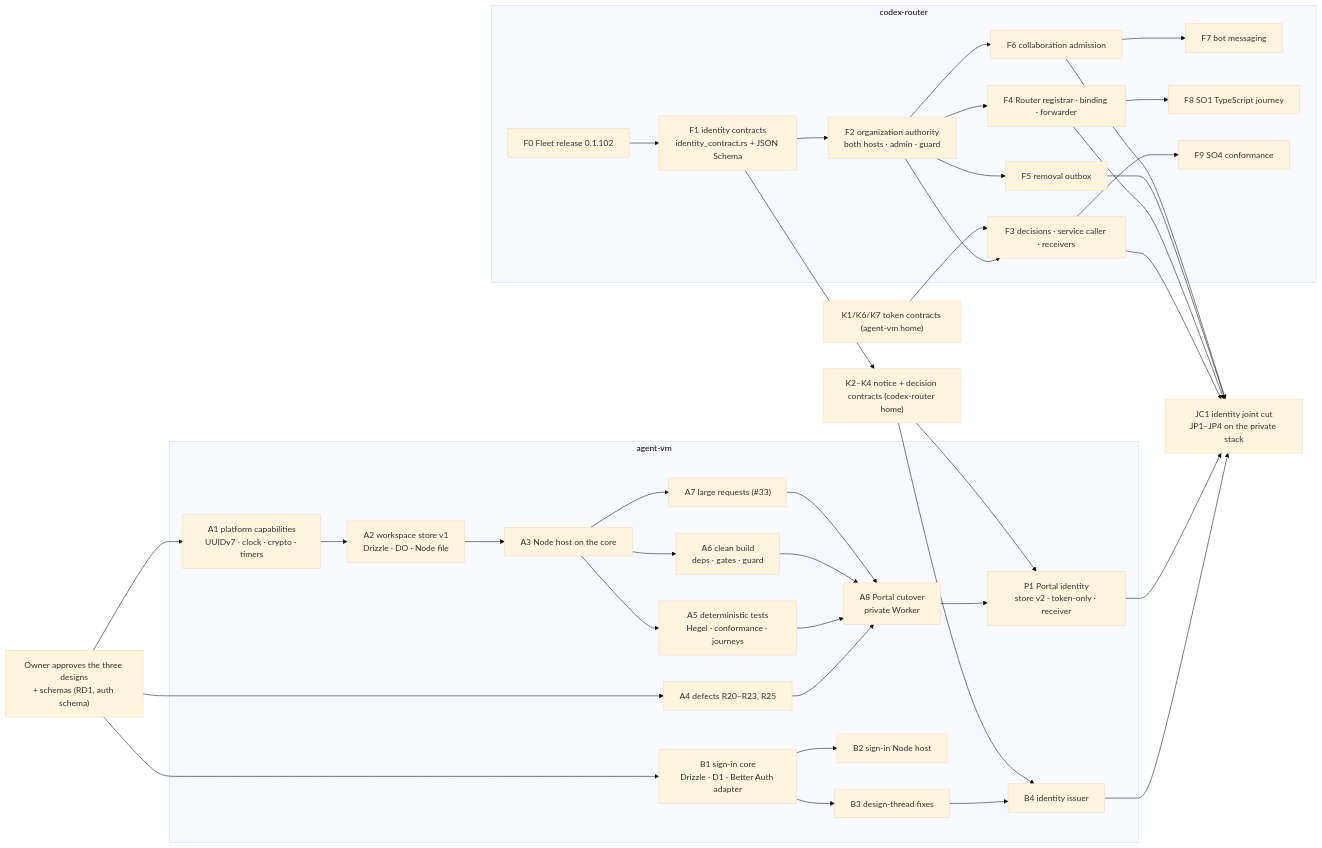
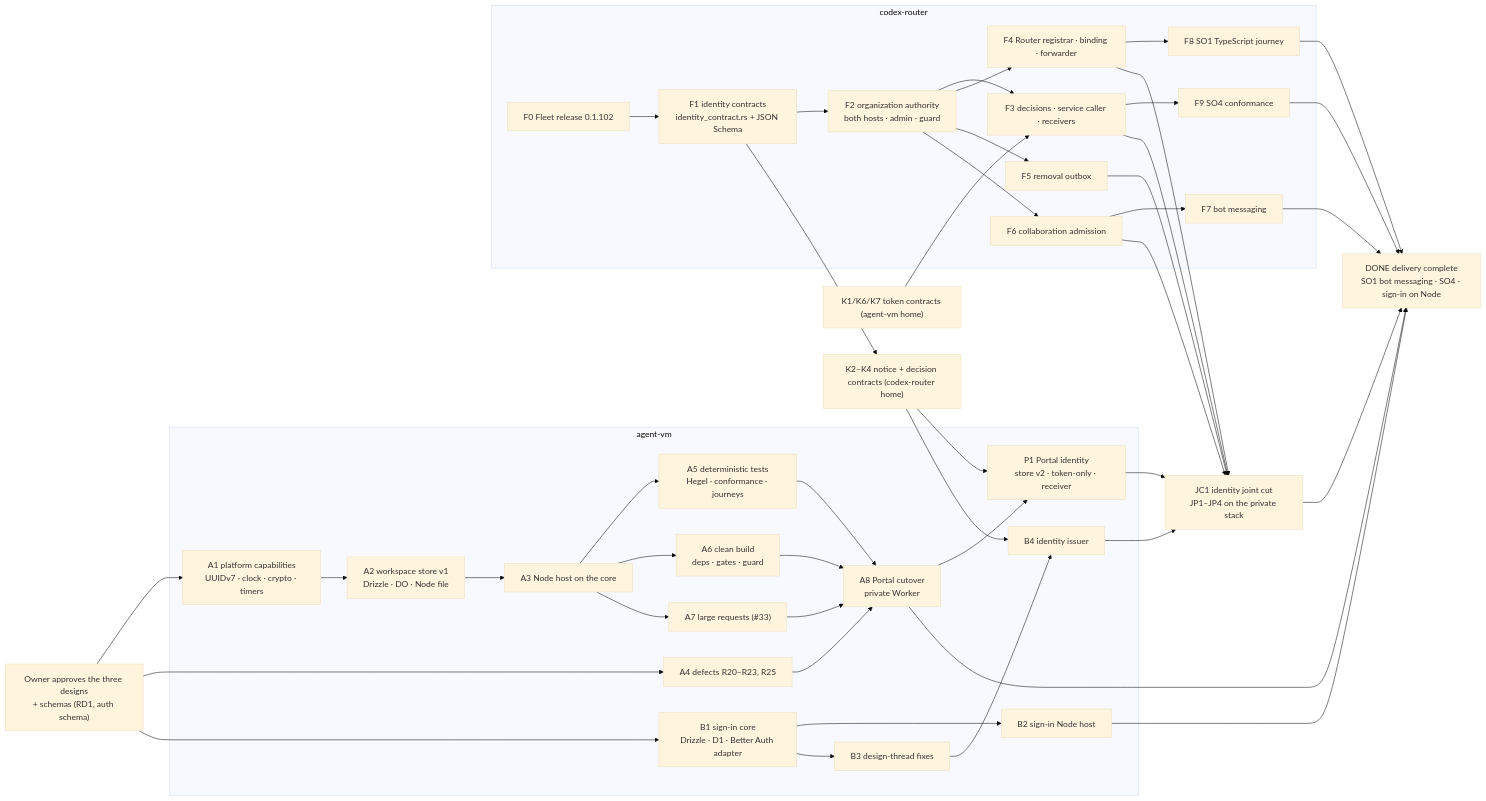
The diagram in docs/specs/2026-10-24-delivery-orchestration/program-design.md (ShravanSunder/agent-vm), drawn with Mermaid (base theme) before and after one commit. The commit also changed other lines of this file and 6 other files, not shown here.

Commit message:
Apply review lead F2-F9: typed sign-in contracts, JC1 repair-forward with settlement and proof cohort, DONE barrier, people proof on the identity model, U14 views; OBS-02 checkedAt

````diff
--- a/docs/specs/2026-10-24-delivery-orchestration/program-design.md
+++ b/docs/specs/2026-10-24-delivery-orchestration/program-design.md
@@ -7,44 +7,50 @@
 ```mermaid
 flowchart LR
   APPROVE["Owner approves the three designs<br/>+ schemas (RD1, auth schema)"]
   subgraph AV["agent-vm"]
     A1["A1 platform capabilities<br/>UUIDv7 · clock · crypto · timers"] --> A2["A2 workspace store v1<br/>Drizzle · DO · Node file"]
     A2 --> A3["A3 Node host on the core"]
     A4["A4 defects R20–R23, R25"]
     A4 --> A8
     A3 --> A5["A5 deterministic tests<br/>Hegel · conformance · journeys"]
     A3 --> A6["A6 clean build<br/>deps · gates · guard"]
     A3 --> A7["A7 large requests (#33)"]
     A5 --> A8["A8 Portal cutover<br/>private Worker"]
     A6 --> A8
     A7 --> A8
     B1["B1 sign-in core<br/>Drizzle · D1 · Better Auth adapter"] --> B2["B2 sign-in Node host"]
     B1 --> B3["B3 design-thread fixes"]
     B3 --> B4["B4 identity issuer"]
     A8 --> P1["P1 Portal identity<br/>store v2 · token-only · receiver"]
   end
   subgraph CR["codex-router"]
     F0["F0 Fleet release 0.1.102"] --> F1["F1 identity contracts<br/>identity_contract.rs + JSON Schema"]
     F1 --> F2["F2 organization authority<br/>both hosts · admin · guard"]
     F2 --> F3["F3 decisions · service caller · receivers"]
     F2 --> F4["F4 Router registrar · binding · forwarder"]
     F2 --> F5["F5 removal outbox"]
     F2 --> F6["F6 collaboration admission"]
     F6 --> F7["F7 bot messaging"]
     F4 --> F8["F8 SO1 TypeScript journey"]
     F3 --> F9["F9 SO4 conformance"]
   end
   APPROVE --> A1
   APPROVE --> A4
   APPROVE --> B1
   K1["K1/K6/K7 token contracts (agent-vm home)"] --> F3
   F1 --> K2["K2–K4 notice + decision contracts (codex-router home)"]
   K2 --> P1
   K2 --> B4
   B4 --> JC1["JC1 identity joint cut<br/>JP1–JP4 on the private stack"]
   P1 --> JC1
   F3 --> JC1
   F4 --> JC1
   F5 --> JC1
   F6 --> JC1
+  JC1 --> DONE["DONE delivery complete<br/>SO1 bot messaging · SO4 · sign-in on Node"]
+  A8 --> DONE
+  B2 --> DONE
+  F7 --> DONE
+  F8 --> DONE
+  F9 --> DONE
 ```
````
